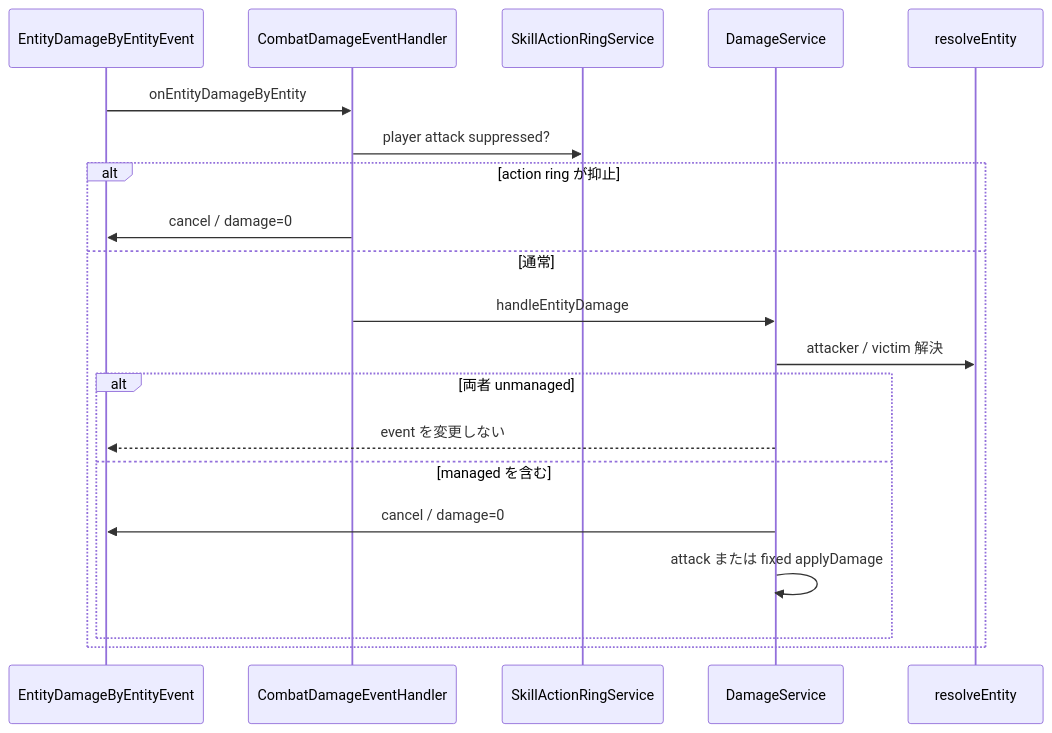
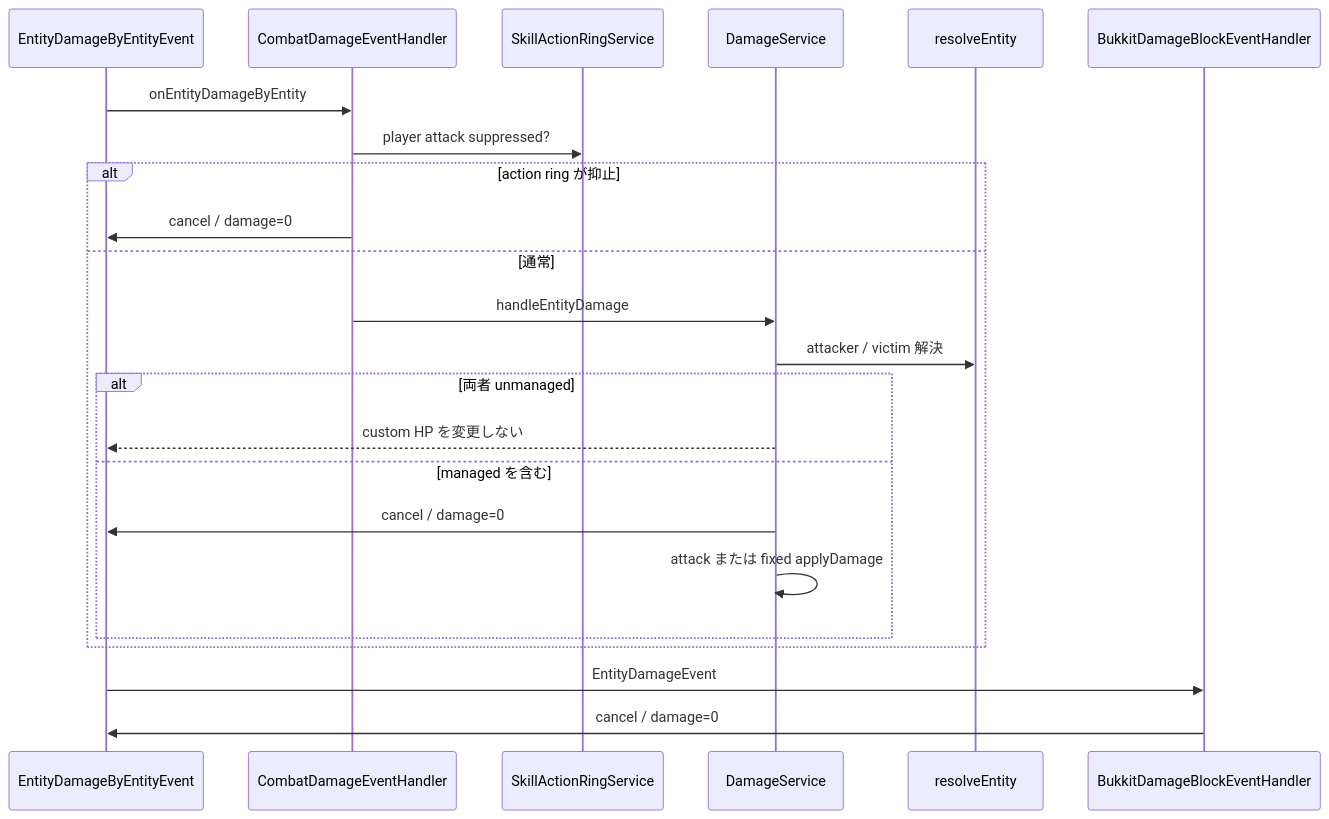
The first of 3 diagrams in 00_docs/10_Plugin設計書/feature/14-combat/14_4-統合フロー.md (maaasu/AstralRecord-Workspace), drawn with Mermaid before and after one commit. The commit also changed other lines of this file and 7 other files, not shown here.

````diff
--- a/00_docs/10_Plugin設計書/feature/14-combat/14_4-統合フロー.md
+++ b/00_docs/10_Plugin設計書/feature/14-combat/14_4-統合フロー.md
@@ -7,23 +7,26 @@
 ```mermaid
 sequenceDiagram
     participant Bukkit as EntityDamageByEntityEvent
     participant Event as CombatDamageEventHandler
     participant Ring as SkillActionRingService
     participant Damage as DamageService
     participant Resolver as resolveEntity
+    participant Block as BukkitDamageBlockEventHandler
 
     Bukkit->>Event: onEntityDamageByEntity
     Event->>Ring: player attack suppressed?
     alt action ring が抑止
         Event->>Bukkit: cancel / damage=0
     else 通常
         Event->>Damage: handleEntityDamage
         Damage->>Resolver: attacker / victim 解決
         alt 両者 unmanaged
-            Damage-->>Bukkit: event を変更しない
+            Damage-->>Bukkit: custom HP を変更しない
         else managed を含む
             Damage->>Bukkit: cancel / damage=0
             Damage->>Damage: attack または fixed applyDamage
         end
     end
+    Bukkit->>Block: EntityDamageEvent
+    Block->>Bukkit: cancel / damage=0
 ```
````
